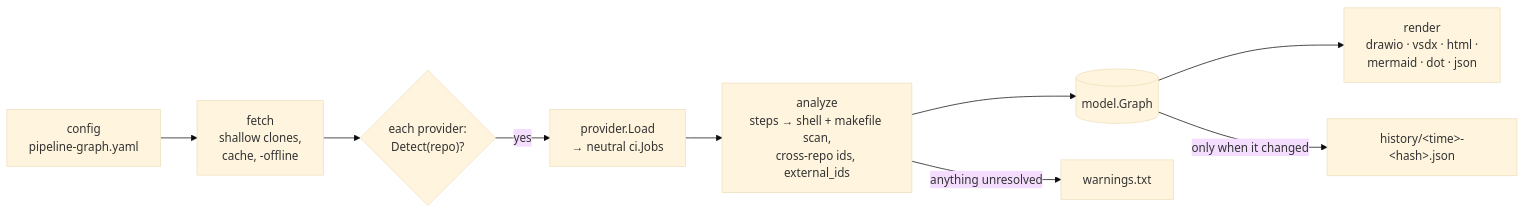
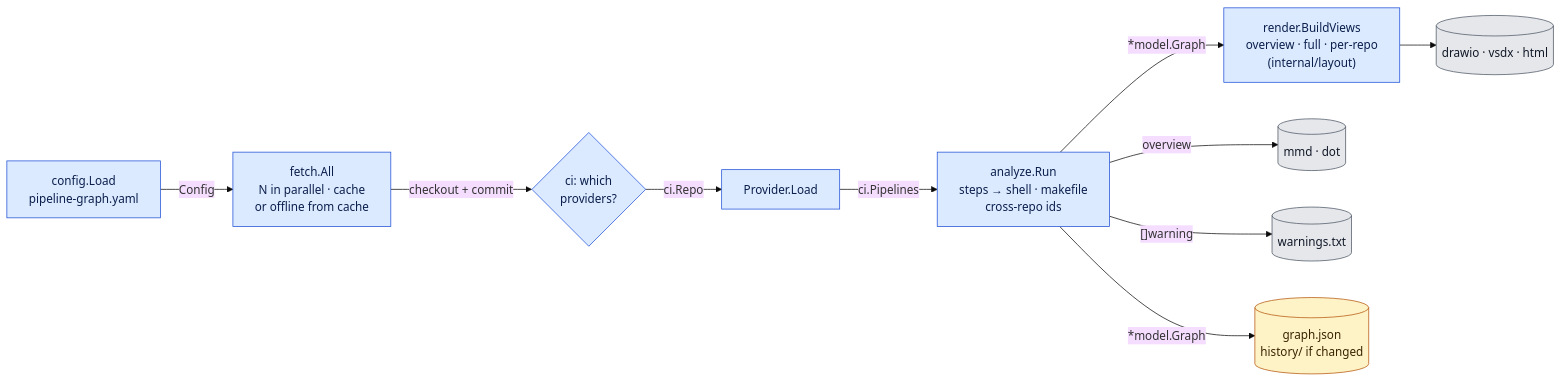
The third of 10 diagrams in docs/architecture.md (Avicted/tools.pipeline-graph), drawn with Mermaid (base theme) before and after one commit. The commit also changed other lines of this file, not shown here.

Commit message:
docs(architecture): redraw with trust boundaries, domain model, runtime and CI/CD

````diff
--- a/docs/architecture.md
+++ b/docs/architecture.md
@@ -38,11 +133,19 @@
 ```mermaid
 flowchart LR
-    cfg["config<br/>pipeline-graph.yaml"] --> fetch["fetch<br/>shallow clones,<br/>cache, -offline"]
-    fetch --> detect{"each provider:<br/>Detect(repo)?"}
-    detect -- yes --> load["provider.Load<br/>→ neutral ci.Jobs"]
-    load --> analyze["analyze<br/>steps → shell + makefile scan,<br/>cross-repo ids, external_ids"]
-    analyze --> mgraph[("model.Graph")]
-    mgraph --> render["render<br/>drawio · vsdx · html ·<br/>mermaid · dot · json"]
-    analyze -- "anything unresolved" --> warn["warnings.txt"]
-    mgraph -- "only when it changed" --> hist["history/&lt;time&gt;-&lt;hash&gt;.json"]
+    cfg["config.Load<br/>pipeline-graph.yaml"] -- "Config" --> fetch["fetch.All<br/>N in parallel · cache<br/>or offline from cache"]
+    fetch -- "checkout + commit" --> sel{"ci: which<br/>providers?"}
+    sel -- "ci.Repo" --> load["Provider.Load"]
+    load -- "ci.Pipelines" --> an["analyze.Run<br/>steps → shell · makefile<br/>cross-repo ids"]
+    an -- "*model.Graph" --> views["render.BuildViews<br/>overview · full · per-repo<br/>(internal/layout)"]
+    an -- "overview" --> text[("mmd · dot")]
+    an -- "[]warning" --> warn[("warnings.txt")]
+    an -- "*model.Graph" --> json[("graph.json<br/>history/ if changed")]
+    views --> files[("drawio · vsdx · html")]
+
+    classDef go fill:#dbeafe,stroke:#1d4ed8,color:#0b1f4d
+    classDef data fill:#fef3c7,stroke:#b45309,color:#3a2402
+    classDef output fill:#e5e7eb,stroke:#4b5563,color:#111827
+    class cfg,fetch,sel,load,an,views go
+    class json data
+    class warn,files,text output
 ```
````
